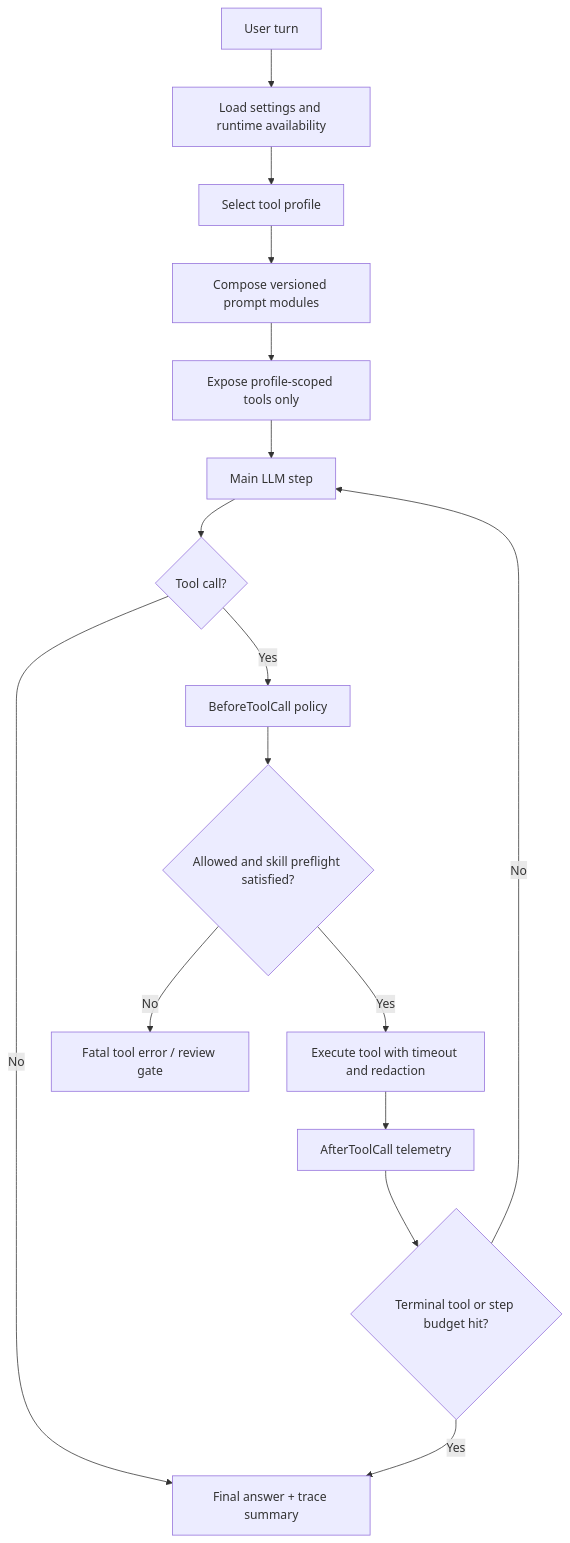
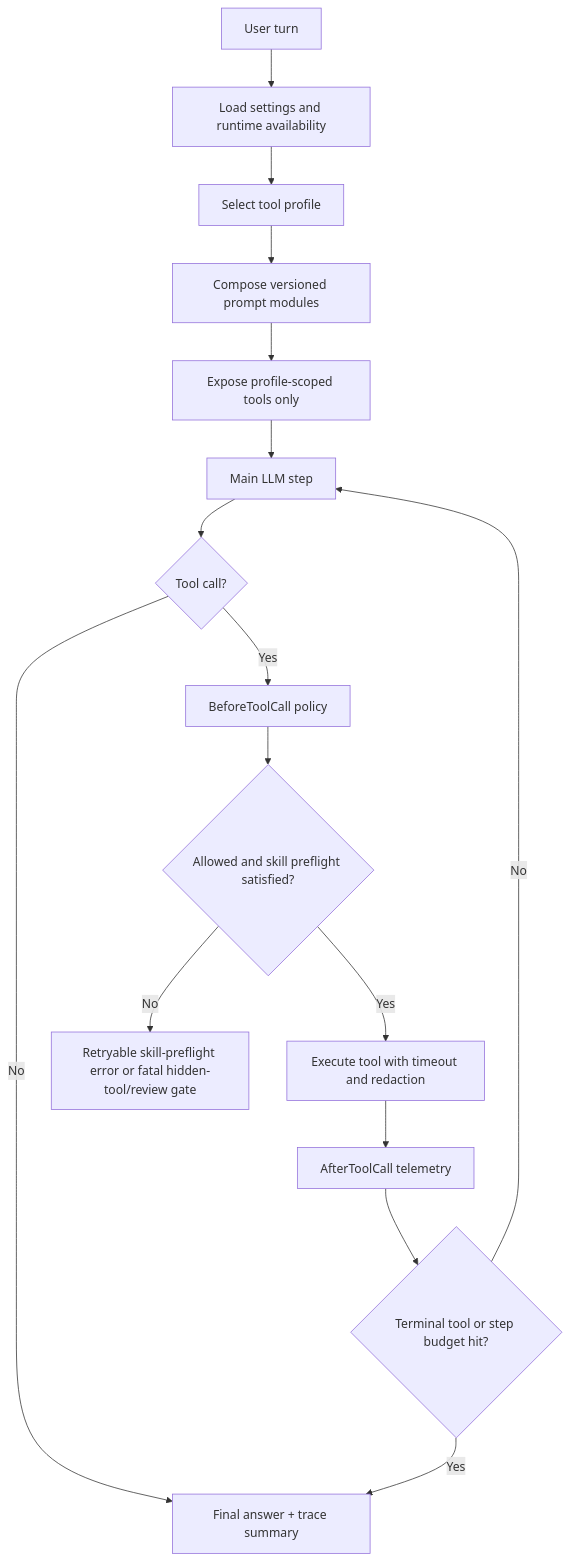
One commit to chetto1983/Aura changed the diagram in .planning/phases/04-agent-orchestration-system-prompt-versioning/CODEX_SKILL_ORCHESTRATION_PLAN.md. Above: the diagram before and after it, drawn with Mermaid. The commit also changed other lines of this file and 89 other files, not shown here.

````diff
--- a/.planning/phases/04-agent-orchestration-system-prompt-versioning/CODEX_SKILL_ORCHESTRATION_PLAN.md
+++ b/.planning/phases/04-agent-orchestration-system-prompt-versioning/CODEX_SKILL_ORCHESTRATION_PLAN.md
@@ -128,18 +128,18 @@
 ```mermaid
 flowchart TD
   A["User turn"] --> B["Load settings and runtime availability"]
   B --> C["Select tool profile"]
   C --> D["Compose versioned prompt modules"]
   D --> E["Expose profile-scoped tools only"]
   E --> F["Main LLM step"]
   F --> G{"Tool call?"}
   G -- "No" --> Z["Final answer + trace summary"]
   G -- "Yes" --> H["BeforeToolCall policy"]
   H --> I{"Allowed and skill preflight satisfied?"}
-  I -- "No" --> J["Fatal tool error / review gate"]
+  I -- "No" --> J["Retryable skill-preflight error or fatal hidden-tool/review gate"]
   I -- "Yes" --> K["Execute tool with timeout and redaction"]
   K --> L["AfterToolCall telemetry"]
   L --> M{"Terminal tool or step budget hit?"}
   M -- "Yes" --> Z
   M -- "No" --> F
 ```
````
